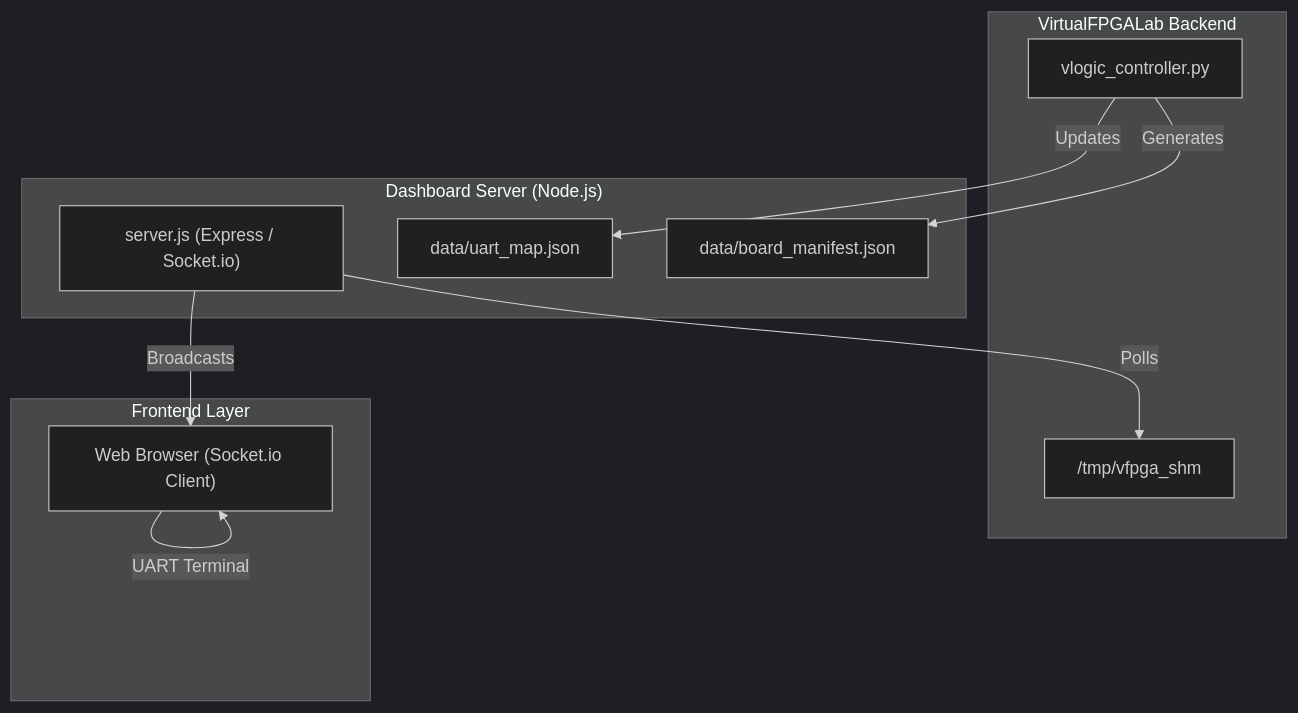
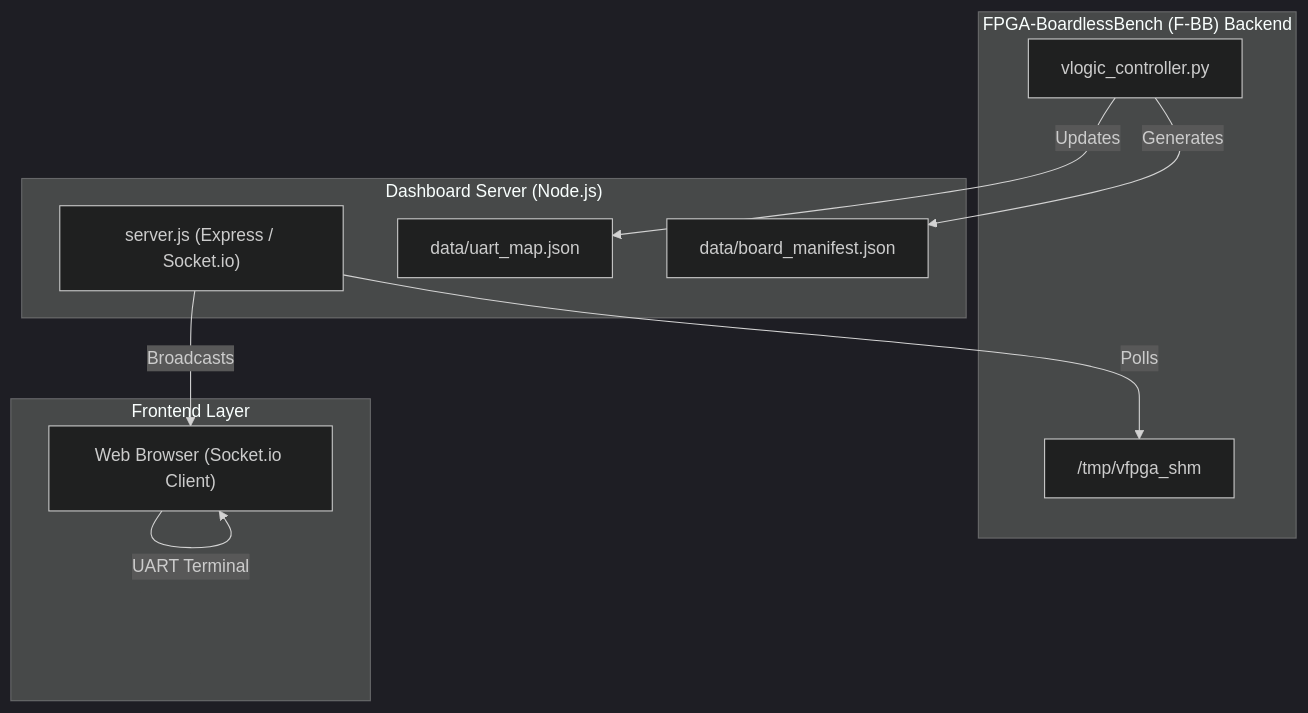
One commit to sirosiro/VirtualFPGALab changed the diagram in dashboard/README.md. Above: the diagram before and after it, drawn with Mermaid (dark theme). The commit also changed 38 other files, not shown here.

Commit message:
docs: rebrand project to FPGA-BoardlessBench (F-BB) and update tests

````diff
--- a/dashboard/README.md
+++ b/dashboard/README.md
@@ -13,24 +13,24 @@
 ```mermaid
 graph TD
-    subgraph "VirtualFPGALab Backend"
+    subgraph "FPGA-BoardlessBench (F-BB) Backend"
         VLogic["vlogic_controller.py"]
         SHM["/tmp/vfpga_shm"]
     end
 
     subgraph "Dashboard Server (Node.js)"
         Srv["server.js (Express / Socket.io)"]
         Map["data/uart_map.json"]
         Manifest["data/board_manifest.json"]
     end
 
     subgraph "Frontend Layer"
         Client["Web Browser (Socket.io Client)"]
     end
 
     VLogic -- "Generates" --> Manifest
     VLogic -- "Updates" --> Map
     Srv -- "Polls" --> SHM
     Srv -- "Broadcasts" --> Client
     Client -- "Registers View" --> Client
     Client -- "UART Terminal" --> Client
 ```
````
